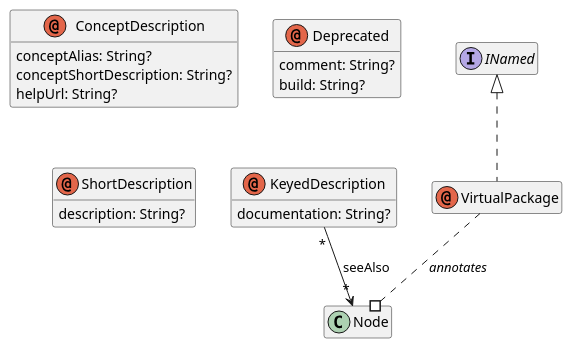
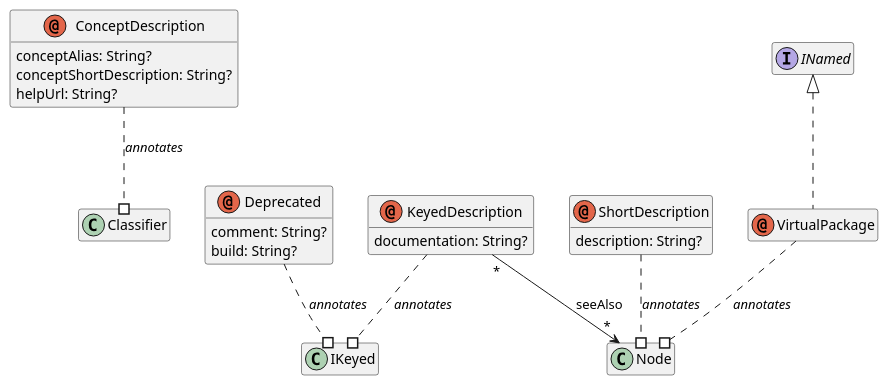
One commit to LionWeb-io/lionweb-typescript changed the diagram in packages/io-lionweb-mps-specific/meta/io.lionweb.mps.specific.puml. Above: the diagram before and after it, drawn with PlantUML. The commit also changed 1 other file, not shown here.

Commit message:
(issue #356) show annotates in PlantUML diagram also for feature-rich annotations

```diff
--- a/packages/io-lionweb-mps-specific/meta/io.lionweb.mps.specific.puml
+++ b/packages/io-lionweb-mps-specific/meta/io.lionweb.mps.specific.puml
@@ -1,39 +1,43 @@
 @startuml
 hide empty members
 
 ' qualified name: "io.lionweb.mps.specific"
 
 
 annotation ConceptDescription {
   conceptAlias: String?
   conceptShortDescription: String?
   helpUrl: String?
 }
+ConceptDescription ..# Classifier : <i>annotates</i>
 
 annotation Deprecated {
   comment: String?
   build: String?
 }
+Deprecated ..# IKeyed : <i>annotates</i>
 
 annotation KeyedDescription {
   documentation: String?
 }
+KeyedDescription ..# IKeyed : <i>annotates</i>
 
 annotation ShortDescription {
   description: String?
 }
+ShortDescription ..# Node : <i>annotates</i>
 
 annotation VirtualPackage implements INamed
 VirtualPackage ..# Node : <i>annotates</i>
 
 
 
 ' relations:
 
 
 
 KeyedDescription "*" --> "*" Node: seeAlso
 
 
 
 @enduml
```
